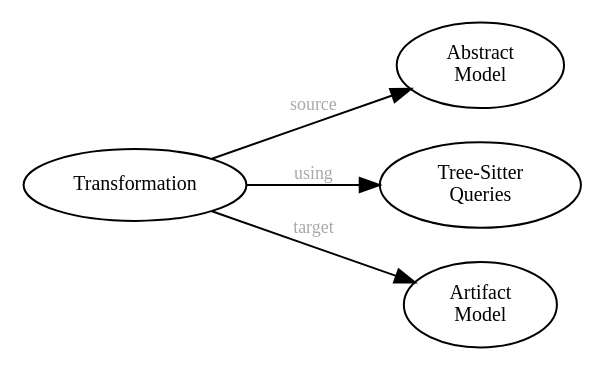
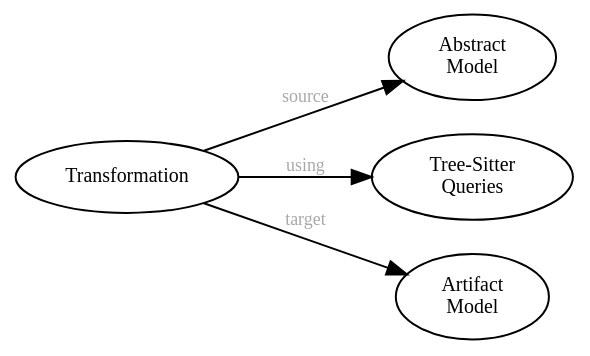
One commit to sdm-lang/tree-sitter-sdml changed the second of 3 diagrams in docs/sdml.org. Above: the diagram before and after it, drawn with Graphviz. The commit also changed other lines of this file and 24 other files, not shown here.

```diff
--- a/docs/sdml.org
+++ b/docs/sdml.org
@@ -38,21 +53,22 @@
 #+BEGIN_SRC dot :file sdml-transforms.png :exports results
 digraph G {
+  bgcolor="transparent";
   rankdir="LR";
   node [fontsize=10];
   edge [fontsize=9; fontcolor=darkgrey];
 
   abstract [shape=ellipse; label="Abstract\nModel"];
 
   transform [shape=ellipse; label="Transformation"];
 
   transform -> abstract [label="source"];
 
   tsq [shape=ellipse; label="Tree-Sitter\nQueries"];
 
   transform -> tsq [label="using"];
 
   other [shape=ellipse; label="Artifact\nModel"];
 
   transform -> other [label="target"];
 }
 #+END_SRC
```
